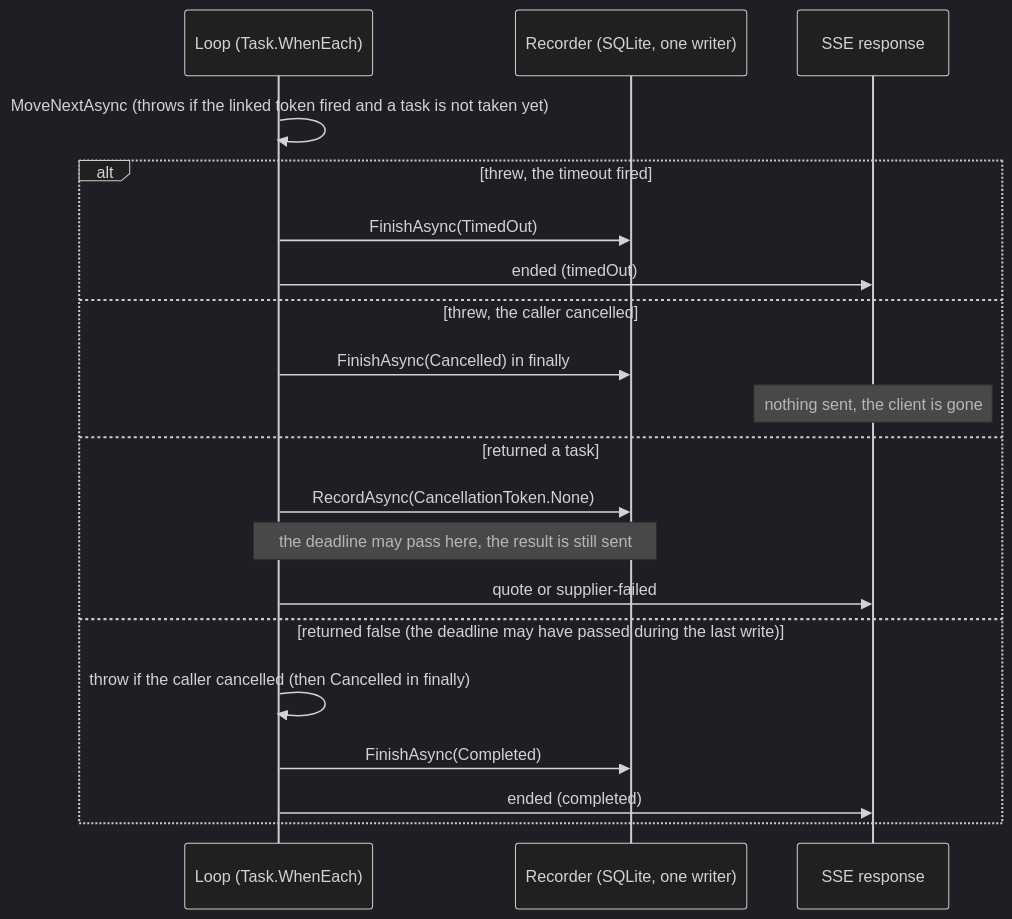
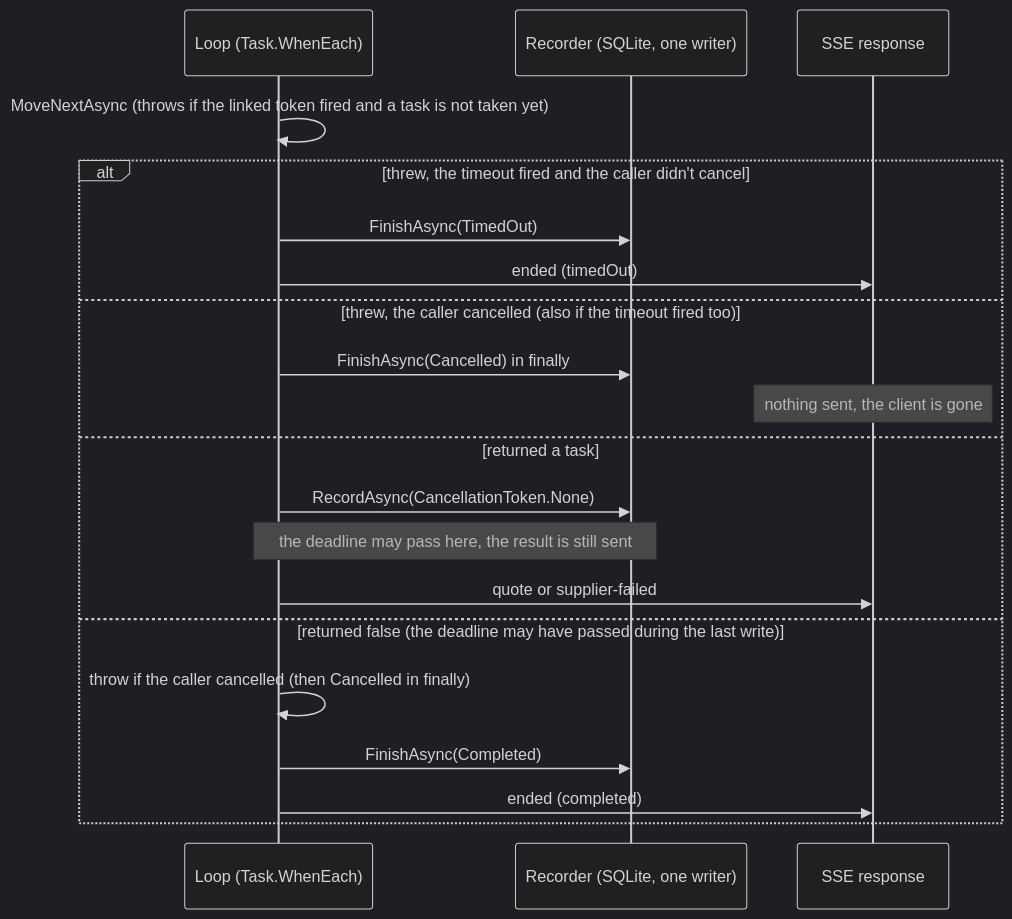
The second of 2 diagrams in docs/plan.md (l-Vladislav/pricehunt), drawn with Mermaid (dark theme) before and after one commit. The commit also changed other lines of this file and 15 other files, not shown here.

````diff
--- a/docs/plan.md
+++ b/docs/plan.md
@@ -70,22 +71,22 @@
 ```mermaid
 sequenceDiagram
     participant L as Loop (Task.WhenEach)
     participant R as Recorder (SQLite, one writer)
     participant C as SSE response
     L->>L: MoveNextAsync (throws if the linked token fired and a task is not taken yet)
-    alt threw, the timeout fired
+    alt threw, the timeout fired and the caller didn't cancel
         L->>R: FinishAsync(TimedOut)
         L->>C: ended (timedOut)
-    else threw, the caller cancelled
+    else threw, the caller cancelled (also if the timeout fired too)
         L->>R: FinishAsync(Cancelled) in finally
         Note over C: nothing sent, the client is gone
     else returned a task
         L->>R: RecordAsync(CancellationToken.None)
         Note over L,R: the deadline may pass here, the result is still sent
         L->>C: quote or supplier-failed
     else returned false (the deadline may have passed during the last write)
         L->>L: throw if the caller cancelled (then Cancelled in finally)
         L->>R: FinishAsync(Completed)
         L->>C: ended (completed)
     end
 ```
````
